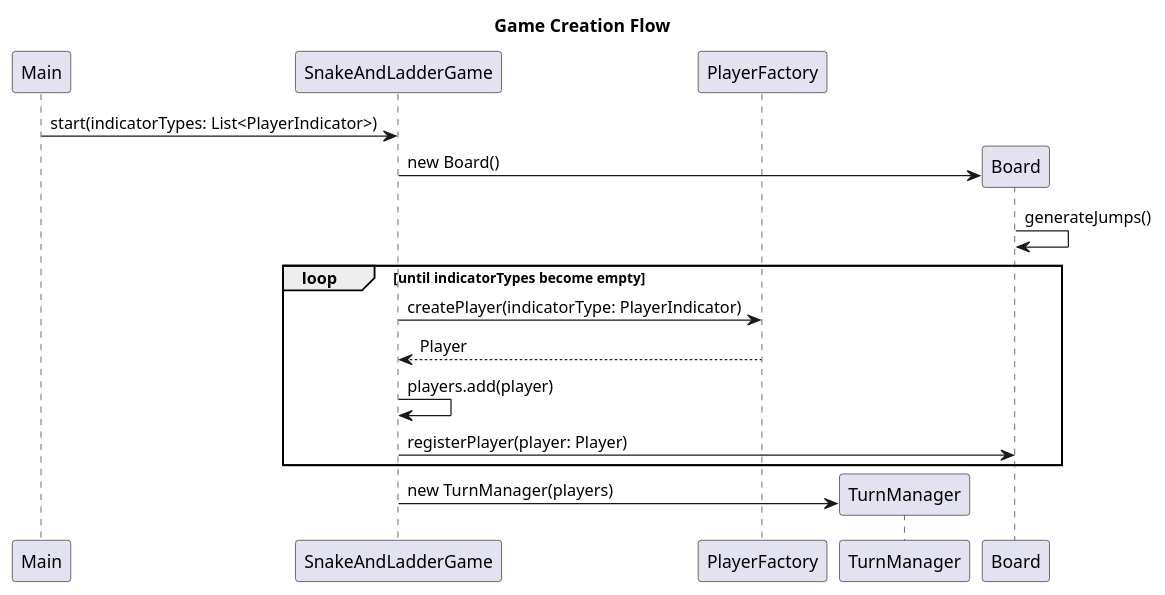
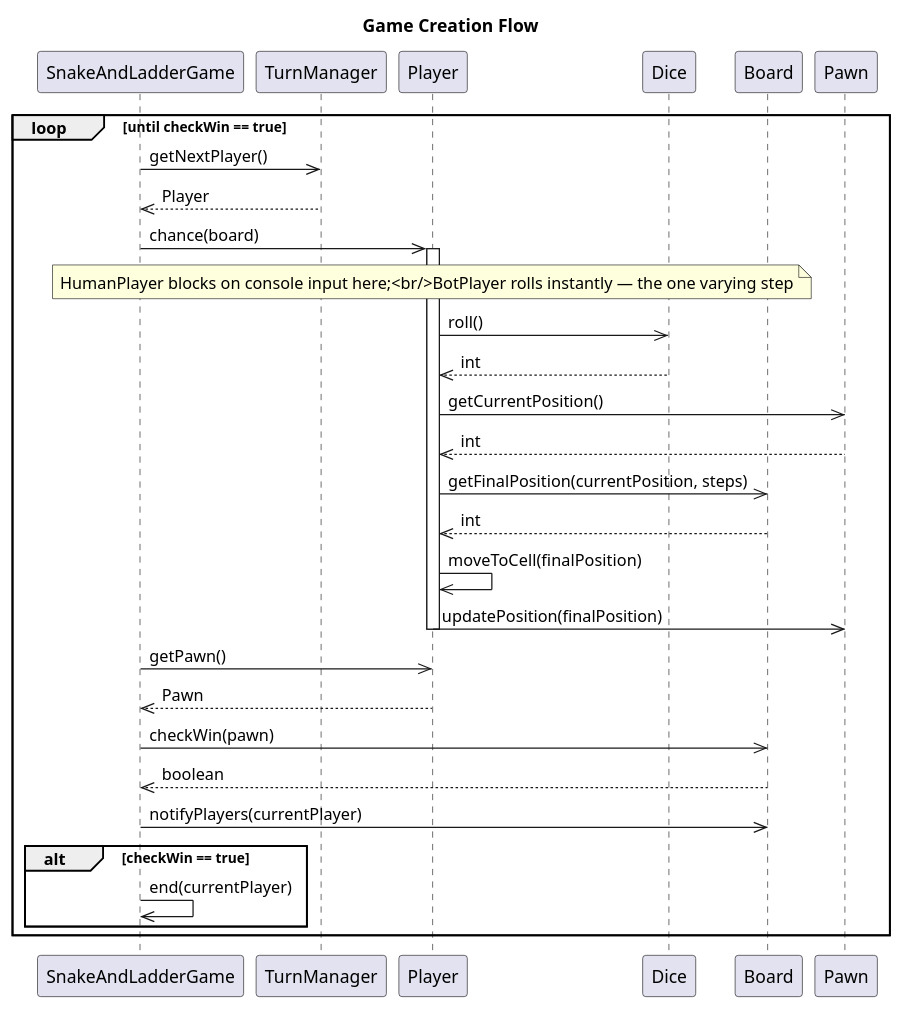
One commit to Anuj-Gupta79/lld-mastery changed the diagram in src/main/java/com/lld/problems/snakeandladder/notes/game-creation-flow-diagram.puml. Above: the diagram before and after it, drawn with PlantUML. The commit also changed 17 other files, not shown here.

Commit message:
Problem: Snaker and Ladder game code completed

```diff
--- a/src/main/java/com/lld/problems/snakeandladder/notes/game-creation-flow-diagram.puml
+++ b/src/main/java/com/lld/problems/snakeandladder/notes/game-creation-flow-diagram.puml
@@ -1,22 +1,40 @@
 @startuml 
 title Game Creation Flow
 
-participant Main
 participant SnakeAndLadderGame
-participant PlayerFactory
-participant TurnManager
-participant Board
+    participant TurnManager
+    participant Player
+    participant Dice
+    participant Board
+    participant Pawn
 
-Main -> SnakeAndLadderGame: start(indicatorTypes: List<PlayerIndicator>)
-create Board
-SnakeAndLadderGame -> Board: new Board()
-Board -> Board: generateJumps()
-loop until indicatorTypes become empty
-SnakeAndLadderGame -> PlayerFactory: createPlayer(indicatorType: PlayerIndicator)
-PlayerFactory --> SnakeAndLadderGame: Player
-SnakeAndLadderGame -> SnakeAndLadderGame: players.add(player)
-SnakeAndLadderGame -> Board: registerPlayer(player: Player)
-end
-create TurnManager
-SnakeAndLadderGame -> TurnManager: new TurnManager(players)
+    loop until checkWin == true
+        SnakeAndLadderGame->>TurnManager: getNextPlayer()
+        TurnManager-->>SnakeAndLadderGame: Player
+
+        SnakeAndLadderGame->>Player: chance(board)
+        activate Player
+        Note over Player: HumanPlayer blocks on console input here;<br/>BotPlayer rolls instantly — the one varying step
+        Player->>Dice: roll()
+        Dice-->>Player: int
+        Player->>Pawn: getCurrentPosition()
+        Pawn-->>Player: int
+        Player->>Board: getFinalPosition(currentPosition, steps)
+        Board-->>Player: int
+        Player->>Player: moveToCell(finalPosition)
+        Player->>Pawn: updatePosition(finalPosition)
+        deactivate Player
+
+        SnakeAndLadderGame->>Player: getPawn()
+        Player-->>SnakeAndLadderGame: Pawn
+
+        SnakeAndLadderGame->>Board: checkWin(pawn)
+        Board-->>SnakeAndLadderGame: boolean
+
+        SnakeAndLadderGame->>Board: notifyPlayers(currentPlayer)
+
+        alt checkWin == true
+            SnakeAndLadderGame->>SnakeAndLadderGame: end(currentPlayer)
+        end
+    end
 @enduml
```
